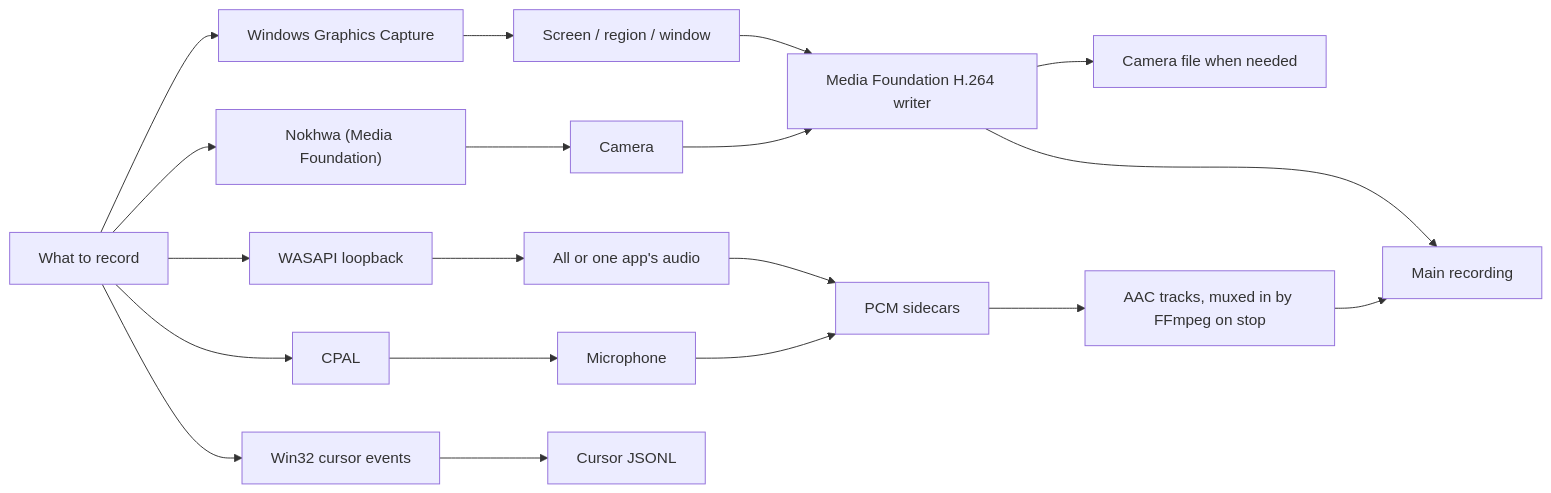
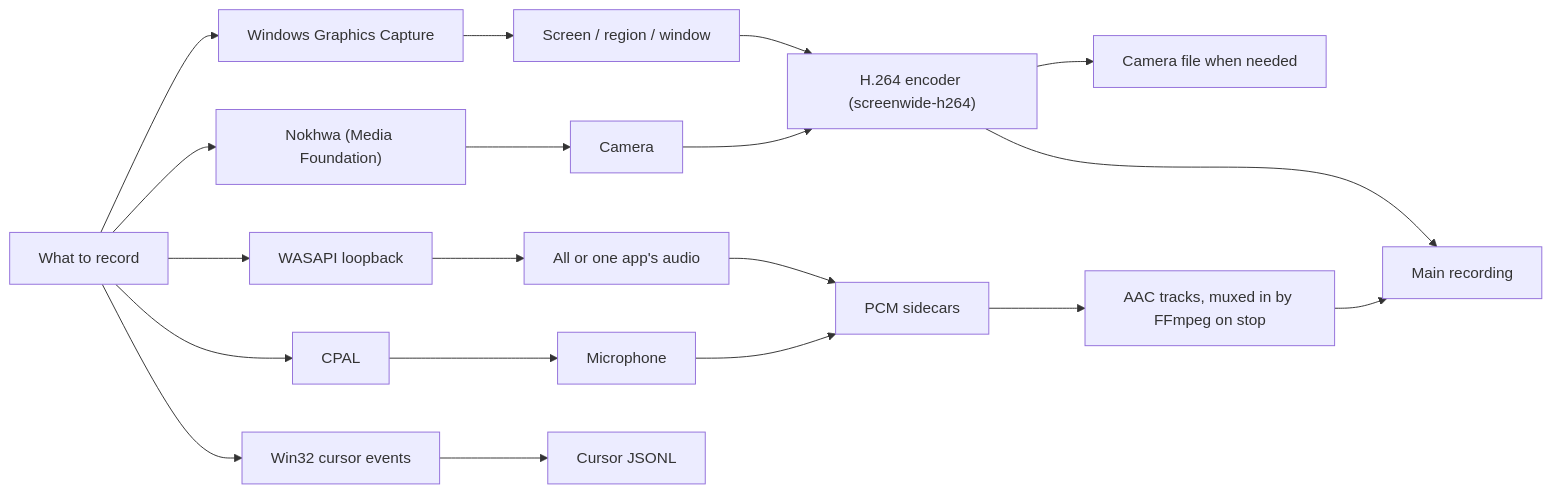
The third of 3 diagrams in src-tauri/src/recording/README.md (overpolish/screenwide), drawn with Mermaid before and after one commit. The commit also changed other lines of this file and 43 other files, not shown here.

````diff
--- a/src-tauri/src/recording/README.md
+++ b/src-tauri/src/recording/README.md
@@ -151,24 +151,24 @@
 ```mermaid
 flowchart LR
   CONFIG["What to record"] --> WGC["Windows Graphics Capture"]
   CONFIG --> LOOPBACK["WASAPI loopback"]
   CONFIG --> CPAL["CPAL"]
   CONFIG --> NOKHWA["Nokhwa (Media Foundation)"]
   CONFIG --> POINTER["Win32 cursor events"]
 
   WGC --> SCREEN["Screen / region / window"]
   LOOPBACK --> AUDIO["All or one app's audio"]
   CPAL --> MIC["Microphone"]
   NOKHWA --> CAMERA["Camera"]
 
-  SCREEN --> WRITER["Media Foundation H.264 writer"]
+  SCREEN --> WRITER["H.264 encoder (screenwide-h264)"]
   CAMERA --> WRITER
   AUDIO --> PCM["PCM sidecars"]
   MIC --> PCM
   POINTER --> CURSOR["Cursor JSONL"]
 
   WRITER --> PRIMARY["Main recording"]
   WRITER --> CAMERA_FILE["Camera file when needed"]
   PCM --> MUX["AAC tracks, muxed in by FFmpeg on stop"]
   MUX --> PRIMARY
 ```
````
